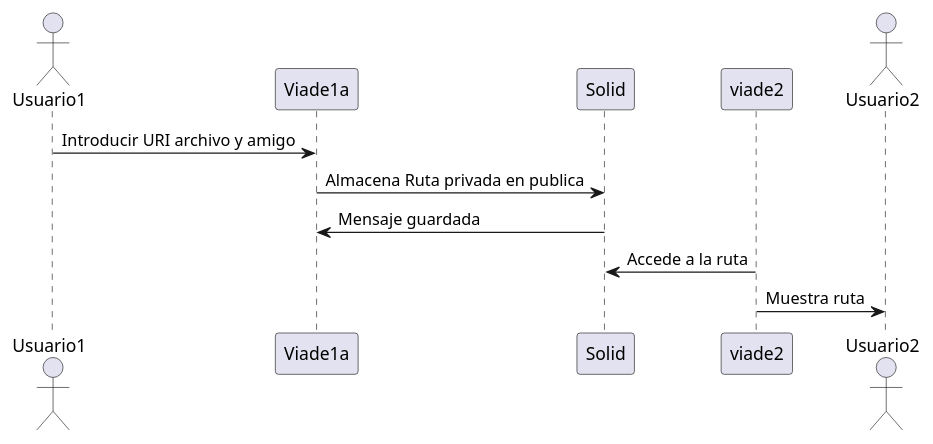
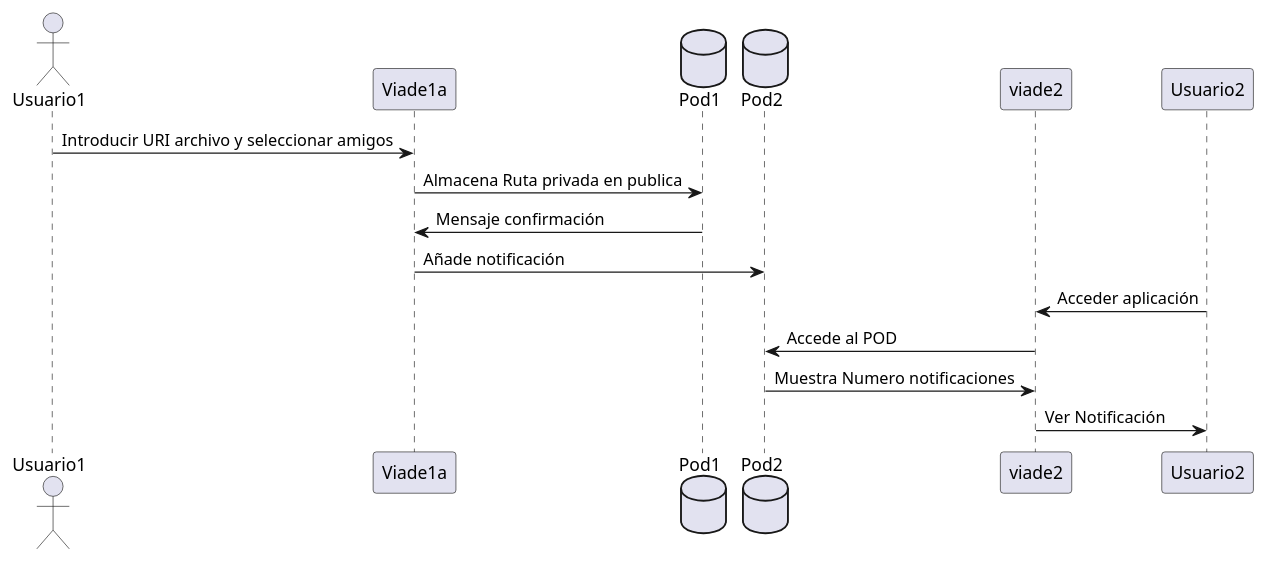
One commit to Arquisoft/viade_es1a changed the fourth of 4 diagrams in src/docs/06_runtime_view.adoc. Above: the diagram before and after it, drawn with PlantUML. The commit also changed other lines of this file, not shown here.

Commit message:
06 mejorado

```diff
--- a/src/docs/06_runtime_view.adoc
+++ b/src/docs/06_runtime_view.adoc
@@ -55,14 +55,23 @@
-[plantuml,compartir ruta,png]
+[plantuml,compartir arhivos,png]
 ----
 @startuml
 
 actor Usuario1
-Usuario1 -> Viade1a:Introducir URI archivo y amigo
 
-Viade1a -> Solid:Almacena Ruta privada en publica
-Solid -> Viade1a:Mensaje guardada
-Solid <- viade2:Accede a la ruta
+Usuario1 -> Viade1a:Introducir URI archivo y seleccionar amigos
+database Pod1
+
+Viade1a -> Pod1:Almacena Ruta privada en publica
+Pod1 -> Viade1a:Mensaje confirmación
+
+database Pod2
+Viade1a -> Pod2:Añade notificación
+viade2 <- Usuario2: Acceder aplicación
+Pod2 <- viade2:Accede al POD
+
+viade2 <- Pod2: Muestra Numero notificaciones
 actor Usuario2
-Usuario2 <- viade2: Muestra ruta
+viade2 -> Usuario2: Ver Notificación
+
 @enduml
 ----
```
